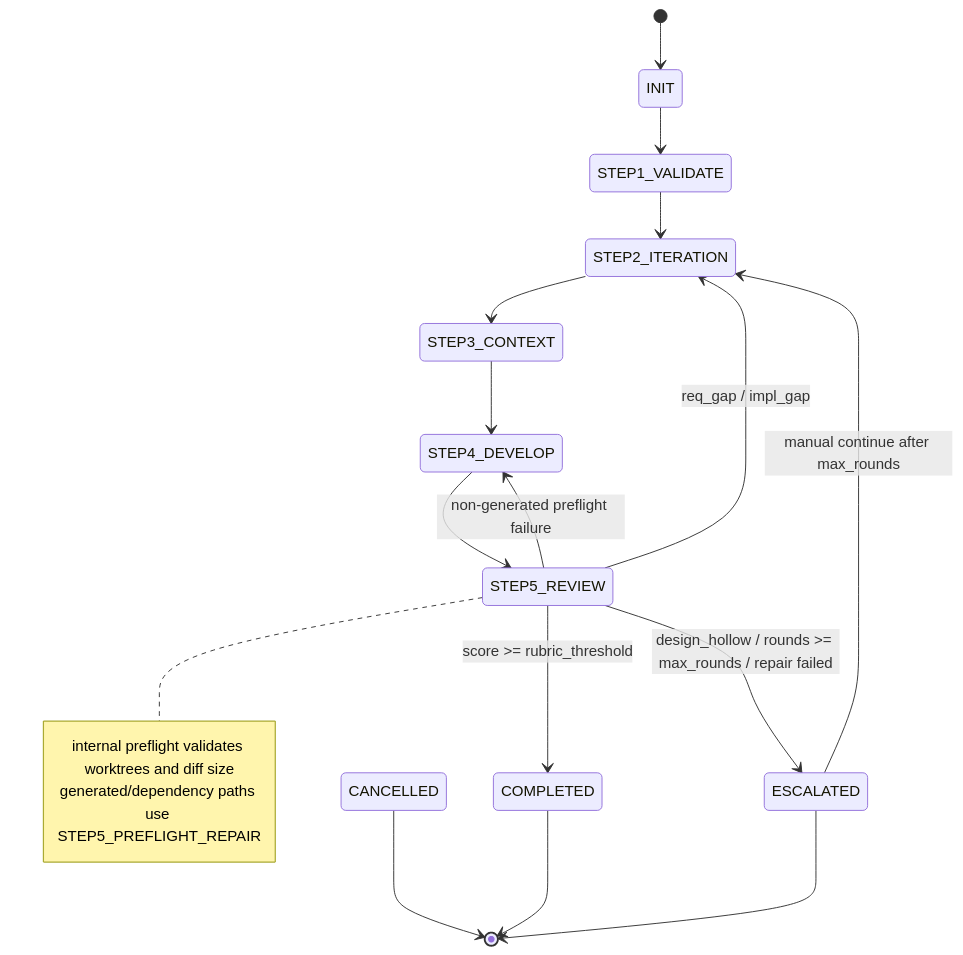
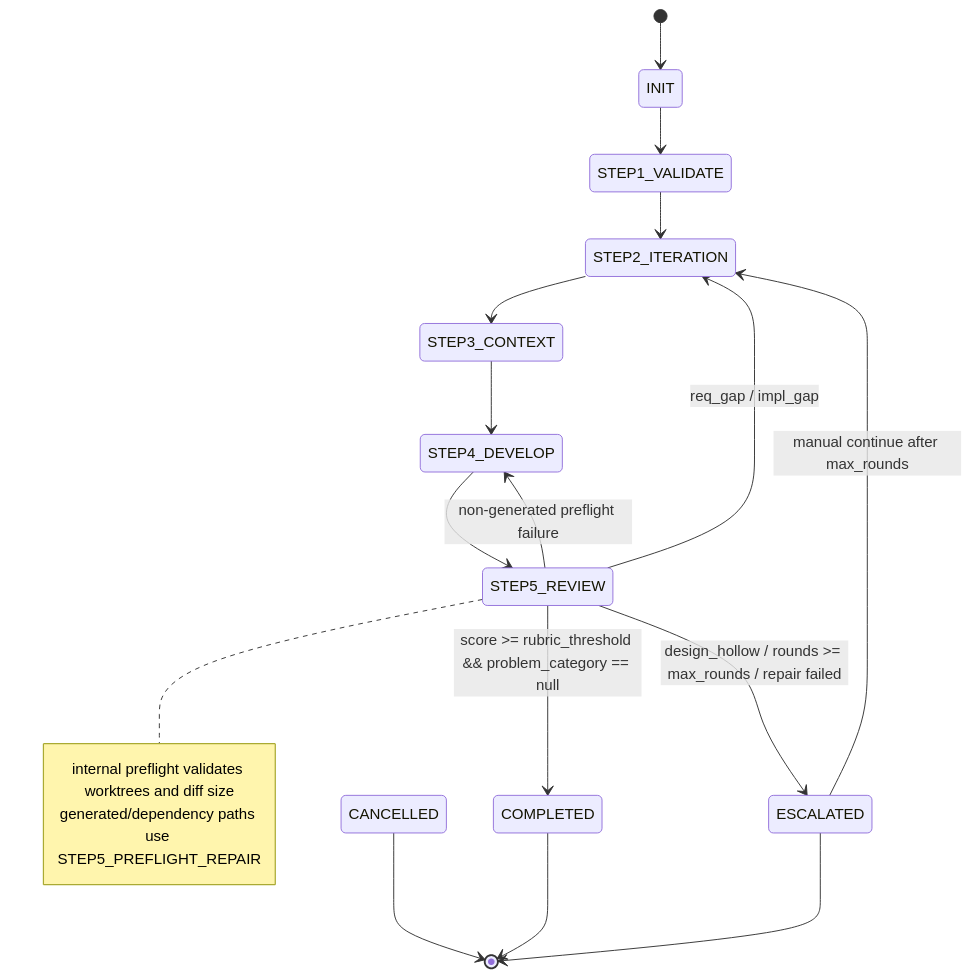
The sixth of 6 diagrams in README.md (vaxtomis/cooagents), drawn with Mermaid before and after one commit. The commit also changed other lines of this file and 14 other files, not shown here.

````diff
--- a/README.md
+++ b/README.md
@@ -298,21 +298,21 @@
 ```mermaid
 stateDiagram-v2
   [*] --> INIT
   INIT --> STEP1_VALIDATE
   STEP1_VALIDATE --> STEP2_ITERATION
   STEP2_ITERATION --> STEP3_CONTEXT
   STEP3_CONTEXT --> STEP4_DEVELOP
   STEP4_DEVELOP --> STEP5_REVIEW
   note right of STEP5_REVIEW
     internal preflight validates worktrees and diff size
     generated/dependency paths use STEP5_PREFLIGHT_REPAIR
   end note
-  STEP5_REVIEW --> COMPLETED: score >= rubric_threshold
+  STEP5_REVIEW --> COMPLETED: score >= rubric_threshold && problem_category == null
   STEP5_REVIEW --> STEP2_ITERATION: req_gap / impl_gap
   STEP5_REVIEW --> STEP4_DEVELOP: non-generated preflight failure
   STEP5_REVIEW --> ESCALATED: design_hollow / rounds >= max_rounds / repair failed
   ESCALATED --> STEP2_ITERATION: manual continue after max_rounds
   COMPLETED --> [*]
   ESCALATED --> [*]
   CANCELLED --> [*]
 ```
````
